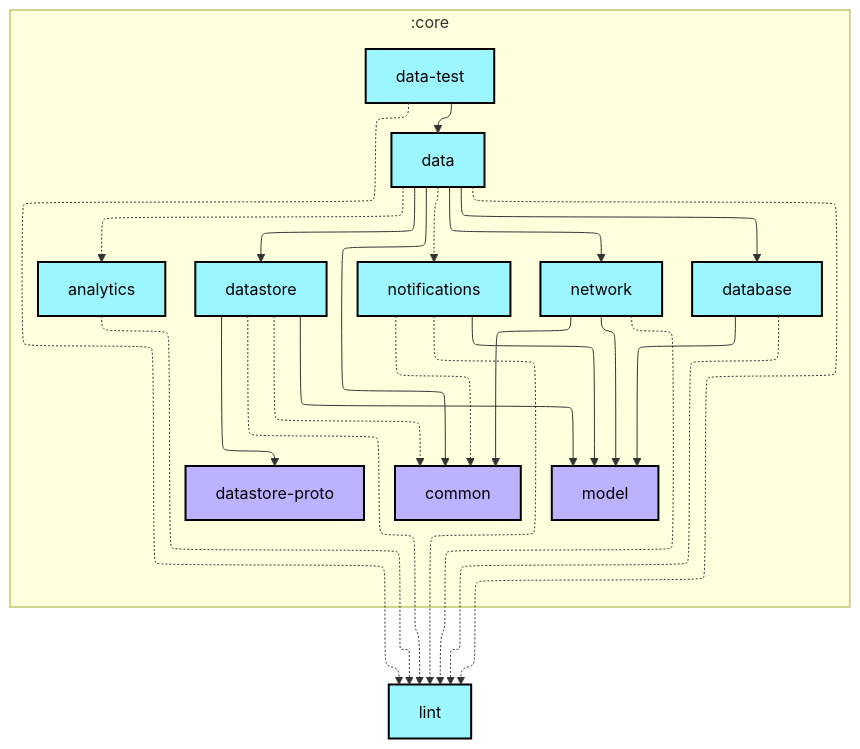
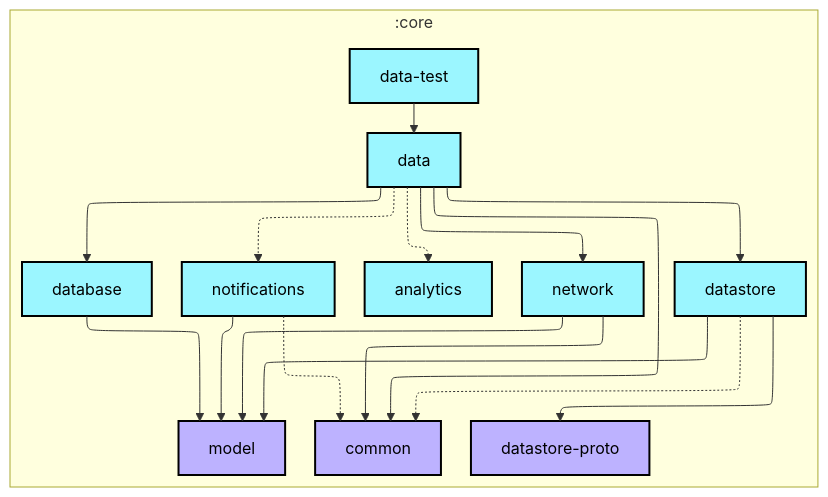
One commit to android/nowinandroid changed the first of 2 diagrams in core/data-test/README.md. Above: the diagram before and after it, drawn with Mermaid. The commit also changed 30 other files, not shown here.

````diff
--- a/core/data-test/README.md
+++ b/core/data-test/README.md
@@ -6,53 +6,45 @@
 ```mermaid
 ---
 config:
   layout: elk
   elk:
     nodePlacementStrategy: SIMPLE
 ---
 graph TB
   subgraph :core
     direction TB
     :core:analytics[analytics]:::android-library
     :core:common[common]:::jvm-library
     :core:data[data]:::android-library
     :core:data-test[data-test]:::android-library
     :core:database[database]:::android-library
     :core:datastore[datastore]:::android-library
     :core:datastore-proto[datastore-proto]:::jvm-library
     :core:model[model]:::jvm-library
     :core:network[network]:::android-library
     :core:notifications[notifications]:::android-library
   end
-  :lint[lint]:::android-library
 
-  :core:analytics -.-> :lint
   :core:data -.-> :core:analytics
   :core:data --> :core:common
   :core:data --> :core:database
   :core:data --> :core:datastore
   :core:data --> :core:network
   :core:data -.-> :core:notifications
-  :core:data -.-> :lint
   :core:data-test --> :core:data
-  :core:data-test -.-> :lint
   :core:database --> :core:model
-  :core:database -.-> :lint
   :core:datastore -.-> :core:common
   :core:datastore --> :core:datastore-proto
   :core:datastore --> :core:model
-  :core:datastore -.-> :lint
   :core:network --> :core:common
   :core:network --> :core:model
-  :core:network -.-> :lint
   :core:notifications -.-> :core:common
   :core:notifications --> :core:model
-  :core:notifications -.-> :lint
 
 classDef android-application fill:#CAFFBF,stroke:#000,stroke-width:2px,color:#000;
 classDef android-feature fill:#FFD6A5,stroke:#000,stroke-width:2px,color:#000;
 classDef android-library fill:#9BF6FF,stroke:#000,stroke-width:2px,color:#000;
 classDef android-test fill:#A0C4FF,stroke:#000,stroke-width:2px,color:#000;
 classDef jvm-library fill:#BDB2FF,stroke:#000,stroke-width:2px,color:#000;
 classDef unknown fill:#FFADAD,stroke:#000,stroke-width:2px,color:#000;
 ```
````
